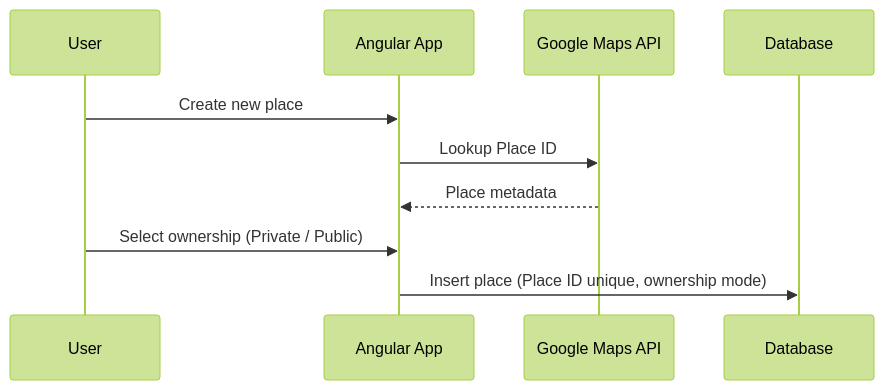
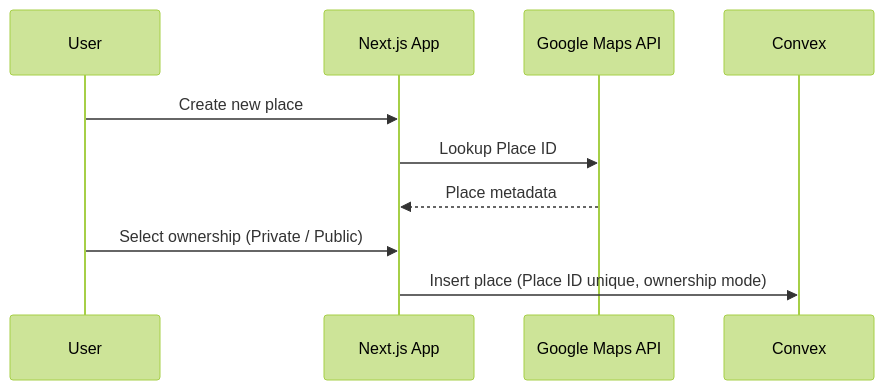
Before and after one commit to jonasbeltoft/escaperooms-ranked: the second of 4 diagrams in README.md, drawn with Mermaid (forest theme). The commit also changed other lines of this file, not shown here.

````diff
--- a/README.md
+++ b/README.md
@@ -83,13 +135,13 @@
 ```mermaid
 sequenceDiagram
     participant U as User
-    participant FE as Angular App
+    participant FE as Next.js App
     participant GM as Google Maps API
-    participant DB as Database
+    participant DB as Convex
 
     U->>FE: Create new place
     FE->>GM: Lookup Place ID
     GM-->>FE: Place metadata
     U->>FE: Select ownership (Private / Public)
     FE->>DB: Insert place (Place ID unique, ownership mode)
 ```
````
